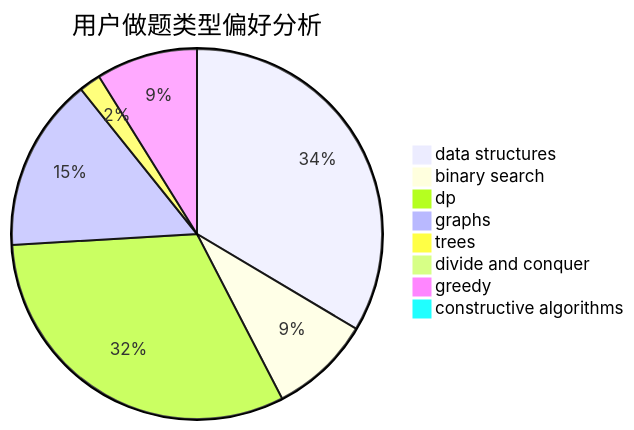
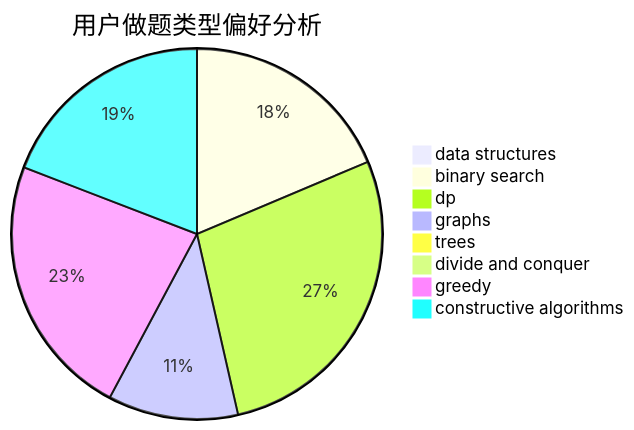
One commit to sherpahu/cfrs.github.io changed the second of 3 diagrams in docs/user/u2620.md. Above: the diagram before and after it, drawn with Mermaid. The commit also changed other lines of this file and 2770 other files, not shown here.

````diff
--- a/docs/user/u2620.md
+++ b/docs/user/u2620.md
@@ -23,11 +23,11 @@
 ```mermaid
 pie title 用户做题类型偏好分析
-    "data structures" :  53
-    "binary search" :  14
-    "dp" :  50
-    "graphs" :  24
+    "data structures" :  4
+    "binary search" :  110
+    "dp" :  164
+    "graphs" :  67
     "trees" :  3
-    "divide and conquer" :  0
-    "greedy" :  14
-    "constructive algorithms" :  0
+    "divide and conquer" :  1
+    "greedy" :  136
+    "constructive algorithms" :  113
 ```
````
